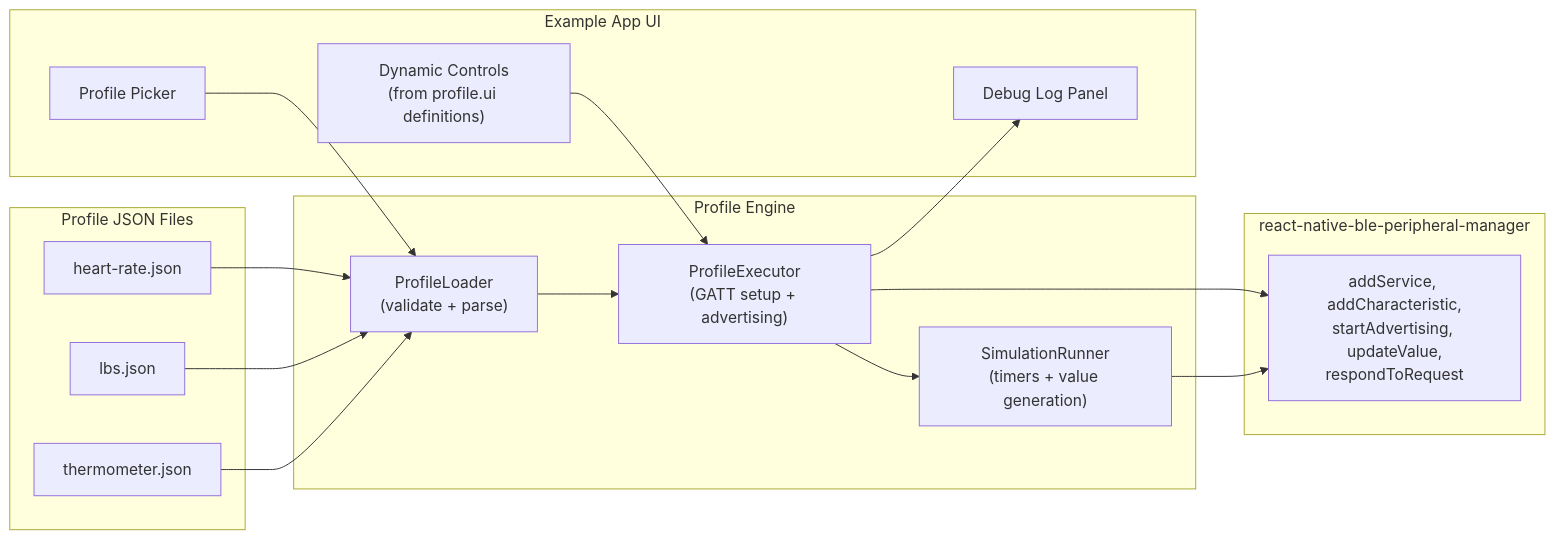
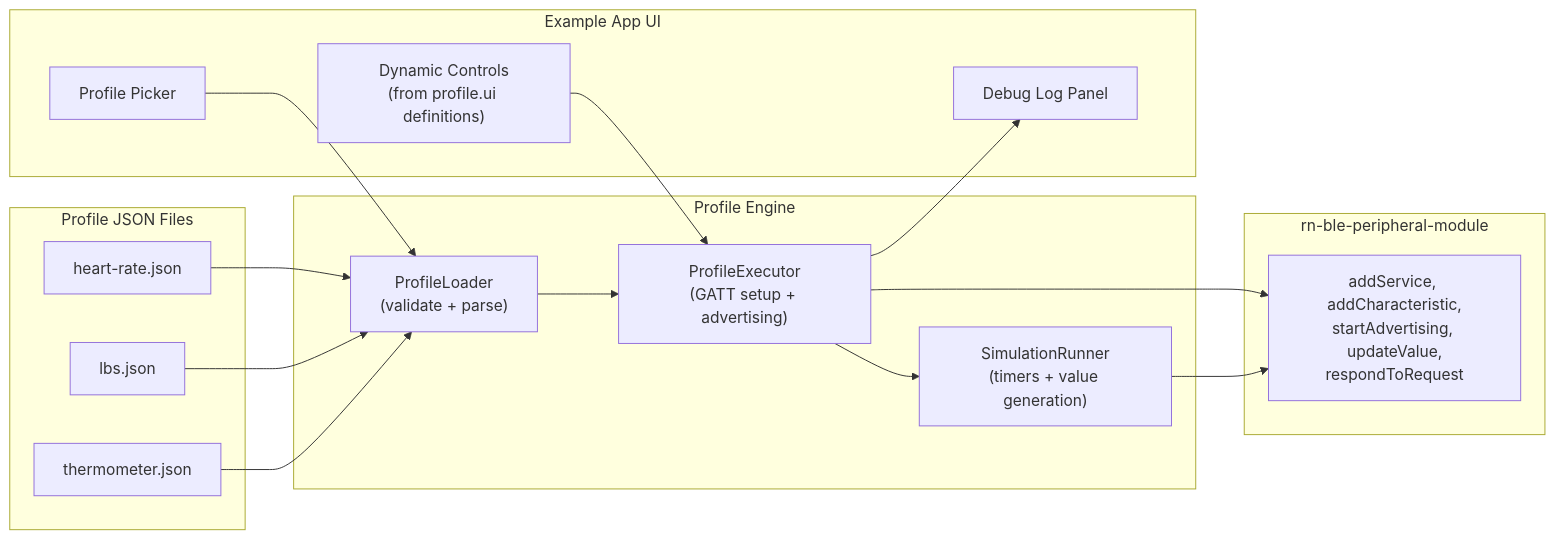
Before and after one commit to BMR11/ble-validation-platform: the first of 27 diagrams in peripheral-app/src/profiles/docs/profiles-system-plan.md, drawn with Mermaid. The commit also changed other lines of this file and 6 other files, not shown here.

First line of the commit message:
Docs: replace react-native-ble-peripheral-manager with rn-ble-peripheral-module

````diff
--- a/peripheral-app/src/profiles/docs/profiles-system-plan.md
+++ b/peripheral-app/src/profiles/docs/profiles-system-plan.md
@@ -26,32 +26,32 @@
 ```mermaid
 flowchart LR
   subgraph profiles [Profile JSON Files]
     HR["heart-rate.json"]
     LBS["lbs.json"]
     THERMO["thermometer.json"]
   end
   subgraph engine [Profile Engine]
     Loader["ProfileLoader\n(validate + parse)"]
     Executor["ProfileExecutor\n(GATT setup + advertising)"]
     Sim["SimulationRunner\n(timers + value generation)"]
   end
-  subgraph lib [react-native-ble-peripheral-manager]
+  subgraph lib [rn-ble-peripheral-module]
     API["addService, addCharacteristic,\nstartAdvertising, updateValue,\nrespondToRequest"]
   end
   subgraph ui [Example App UI]
     Picker["Profile Picker"]
     Controls["Dynamic Controls\n(from profile.ui definitions)"]
     Logs["Debug Log Panel"]
   end
 
   HR --> Loader
   LBS --> Loader
   THERMO --> Loader
   Loader --> Executor
   Executor --> API
   Executor --> Sim
   Sim --> API
   Picker --> Loader
   Controls --> Executor
   Executor --> Logs
 ```
````
